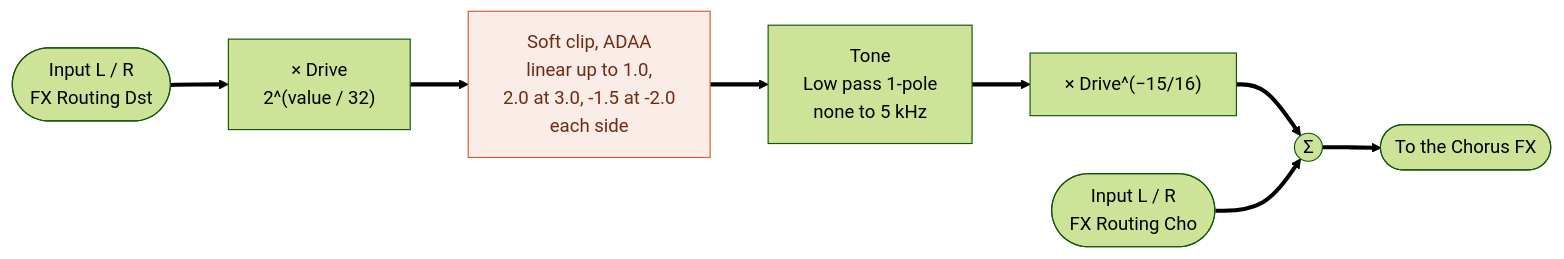
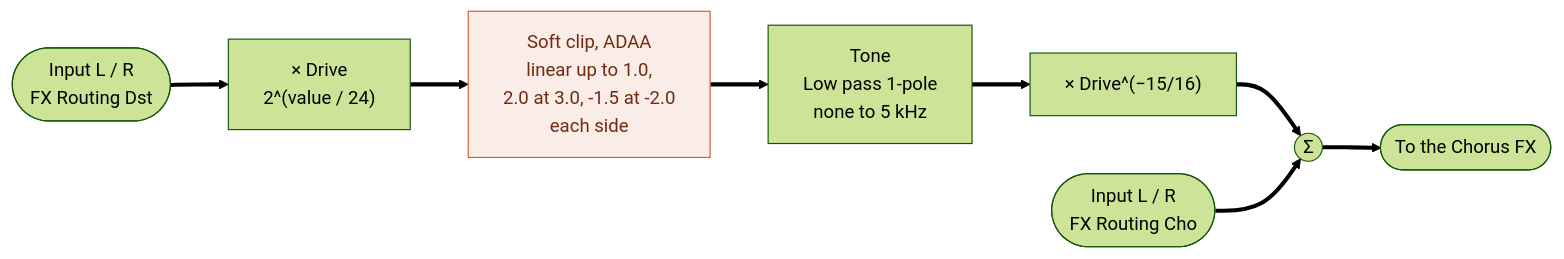
Before and after one commit to risgk/digital-synth-pra32-u2: the fourth of 10 diagrams in PRA32-U2-Block-Diagrams.md, drawn with Mermaid (forest theme). The commit also changed other lines of this file and 6 other files, not shown here.

````diff
--- a/PRA32-U2-Block-Diagrams.md
+++ b/PRA32-U2-Block-Diagrams.md
@@ -144,12 +144,12 @@
 ```mermaid
 flowchart LR
-    IN([Input L / R<br/>FX Routing Dst]) ==> G["× Drive<br/>2^(value / 32)"]
+    IN([Input L / R<br/>FX Routing Dst]) ==> G["× Drive<br/>2^(value / 24)"]
     G ==> SC["Soft clip, ADAA<br/>linear up to 1.0,<br/>2.0 at 3.0, -1.5 at -2.0<br/>each side"]
     SC ==> T["Tone<br/>Low pass 1-pole<br/>none to 5 kHz"]
     T ==> M["× Drive^(−15/16)"]
     M ==> S((Σ))
     CHO([Input L / R<br/>FX Routing Cho]) ==> S
     S ==> OUT([To the Chorus FX])
     classDef nl fill:#FAECE7,stroke:#D85A30,color:#712B13
     class SC nl
 ```
````
